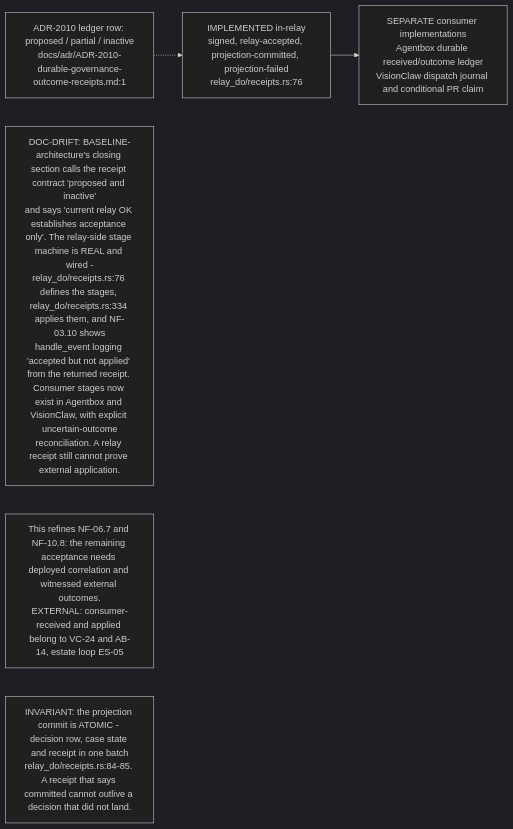
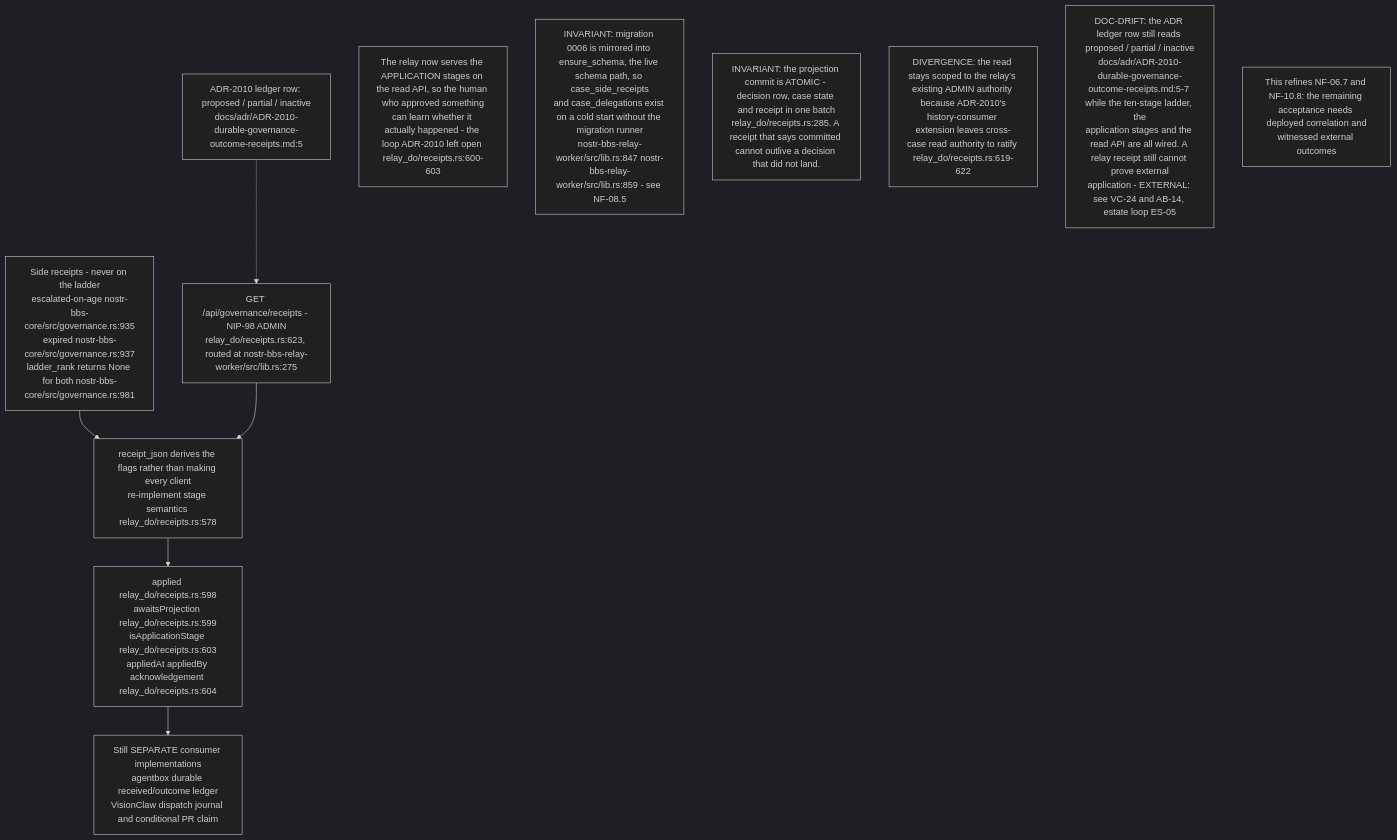
Before and after one commit to DreamLab-AI/VisionFlow: the tenth of 15 diagrams in docs/diagrams/nostr-rust-forum/11-relay-durable-object-internals.md, drawn with Mermaid (dark theme). The commit also changed other lines of this file and 11 other files, not shown here.

````diff
--- a/docs/diagrams/nostr-rust-forum/11-relay-durable-object-internals.md
+++ b/docs/diagrams/nostr-rust-forum/11-relay-durable-object-internals.md
@@ -281,13 +300,21 @@
 ```mermaid
-flowchart LR
-    IMPL["IMPLEMENTED in-relay<br/>signed, relay-accepted, projection-committed, projection-failed<br/>relay_do/receipts.rs:76"]
-    OPEN["SEPARATE consumer implementations<br/>Agentbox durable received/outcome ledger<br/>VisionClaw dispatch journal and conditional PR claim"]
-    LEDGER["ADR-2010 ledger row: proposed / partial / inactive<br/>docs/adr/ADR-2010-durable-governance-outcome-receipts.md:1"]
+flowchart TB
+    SIDE["Side receipts - never on the ladder<br/>escalated-on-age nostr-bbs-core/src/governance.rs:935<br/>expired nostr-bbs-core/src/governance.rs:937<br/>ladder_rank returns None for both nostr-bbs-core/src/governance.rs:981"]
+    API["GET /api/governance/receipts - NIP-98 ADMIN<br/>relay_do/receipts.rs:623, routed at nostr-bbs-relay-worker/src/lib.rs:275"]
+    JSON["receipt_json derives the flags rather than making every client<br/>re-implement stage semantics relay_do/receipts.rs:578"]
+    FLAGS["applied relay_do/receipts.rs:598<br/>awaitsProjection relay_do/receipts.rs:599<br/>isApplicationStage relay_do/receipts.rs:603<br/>appliedAt appliedBy acknowledgement relay_do/receipts.rs:604"]
+    LEDGER["ADR-2010 ledger row: proposed / partial / inactive<br/>docs/adr/ADR-2010-durable-governance-outcome-receipts.md:5"]
+    OPEN["Still SEPARATE consumer implementations<br/>agentbox durable received/outcome ledger<br/>VisionClaw dispatch journal and conditional PR claim"]
 
-    IMPL --> OPEN
-    LEDGER -.-> IMPL
+    SIDE --> JSON
+    API --> JSON --> FLAGS
+    LEDGER -.-> API
+    FLAGS --> OPEN
 
-    N1["DOC-DRIFT: BASELINE-architecture's closing section calls the receipt contract 'proposed and inactive'<br/>and says 'current relay OK establishes acceptance only'. The relay-side stage machine is REAL and wired -<br/>relay_do/receipts.rs:76 defines the stages, relay_do/receipts.rs:334 applies them, and NF-03.10 shows<br/>handle_event logging 'accepted but not applied' from the returned receipt. Consumer stages now exist in Agentbox and VisionClaw, with explicit uncertain-outcome<br/>reconciliation. A relay receipt still cannot prove external application."]
-    N2["This refines NF-06.7 and NF-10.8: the remaining acceptance needs deployed correlation and witnessed external outcomes.<br/>EXTERNAL: consumer-received and applied belong to VC-24 and AB-14, estate loop ES-05"]
-    N3["INVARIANT: the projection commit is ATOMIC - decision row, case state and receipt in one batch<br/>relay_do/receipts.rs:84-85. A receipt that says committed cannot outlive a decision that did not land."]
+    N1["The relay now serves the APPLICATION stages on the read API, so the human who approved something<br/>can learn whether it actually happened - the loop ADR-2010 left open relay_do/receipts.rs:600-603"]
+    N6["INVARIANT: migration 0006 is mirrored into ensure_schema, the live schema path, so case_side_receipts<br/>and case_delegations exist on a cold start without the migration runner<br/>nostr-bbs-relay-worker/src/lib.rs:847 nostr-bbs-relay-worker/src/lib.rs:859 - see NF-08.5"]
+    N2["INVARIANT: the projection commit is ATOMIC - decision row, case state and receipt in one batch<br/>relay_do/receipts.rs:285. A receipt that says committed cannot outlive a decision that did not land."]
+    N3["DIVERGENCE: the read stays scoped to the relay's existing ADMIN authority because ADR-2010's<br/>history-consumer extension leaves cross-case read authority to ratify relay_do/receipts.rs:619-622"]
+    N4["DOC-DRIFT: the ADR ledger row still reads proposed / partial / inactive<br/>docs/adr/ADR-2010-durable-governance-outcome-receipts.md:5-7 while the ten-stage ladder, the<br/>application stages and the read API are all wired. A relay receipt still cannot prove external<br/>application - EXTERNAL: see VC-24 and AB-14, estate loop ES-05"]
+    N5["This refines NF-06.7 and NF-10.8: the remaining acceptance needs deployed correlation and<br/>witnessed external outcomes"]
 ```
````
